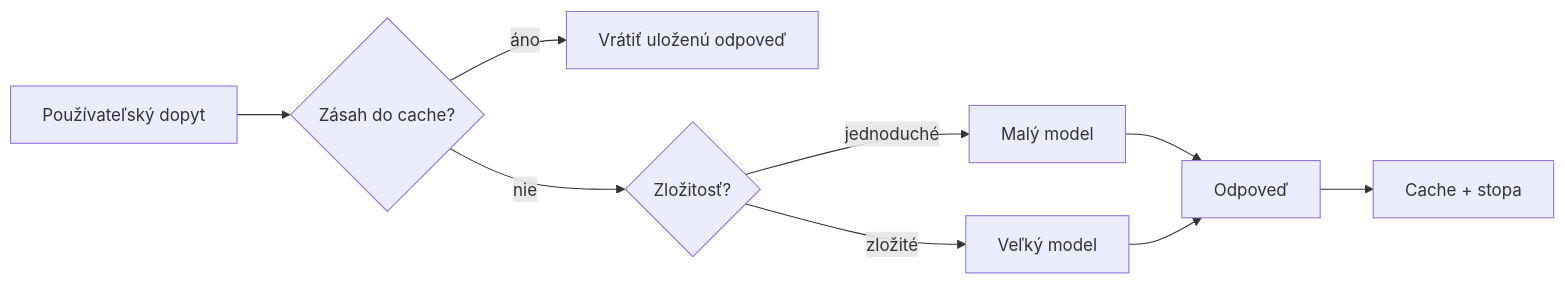
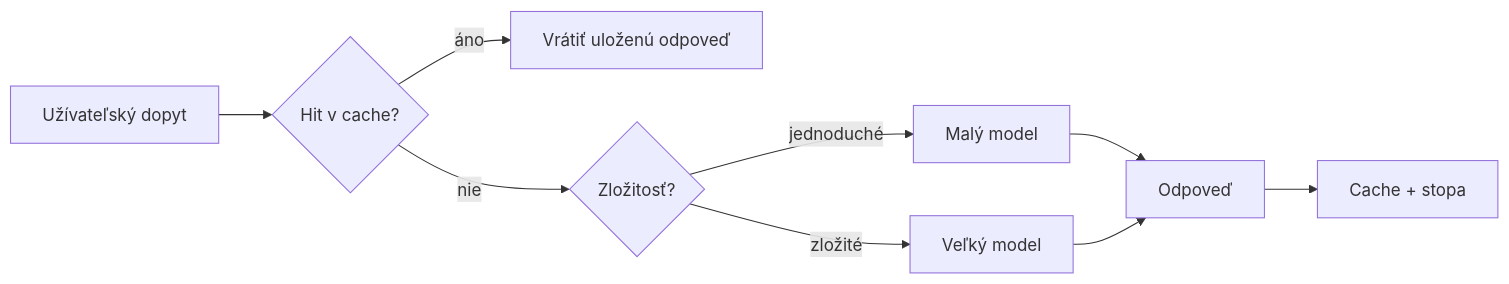
Before and after one commit to gabrielmoreira/agent-skills-mirror: the third of 4 diagrams in mirrors/repos/microsoft@ai-agents-for-beginners/translations/sk/16-deploying-scalable-agents/README.md, drawn with Mermaid. The commit also changed other lines of this file and 4262 other files, not shown here.

````diff
--- a/mirrors/repos/microsoft@ai-agents-for-beginners/translations/sk/16-deploying-scalable-agents/README.md
+++ b/mirrors/repos/microsoft@ai-agents-for-beginners/translations/sk/16-deploying-scalable-agents/README.md
@@ -134,11 +134,11 @@
 ```mermaid
 flowchart LR
-    Q[Používateľský dopyt] --> C{Zásah do cache?}
+    Q[Užívateľský dopyt] --> C{Hit v cache?}
     C -->|áno| R[Vrátiť uloženú odpoveď]
     C -->|nie| Router{Zložitosť?}
     Router -->|jednoduché| SLM[Malý model]
     Router -->|zložité| LLM[Veľký model]
     SLM --> Out[Odpoveď]
     LLM --> Out
     Out --> Store[Cache + stopa]
 ```
````
